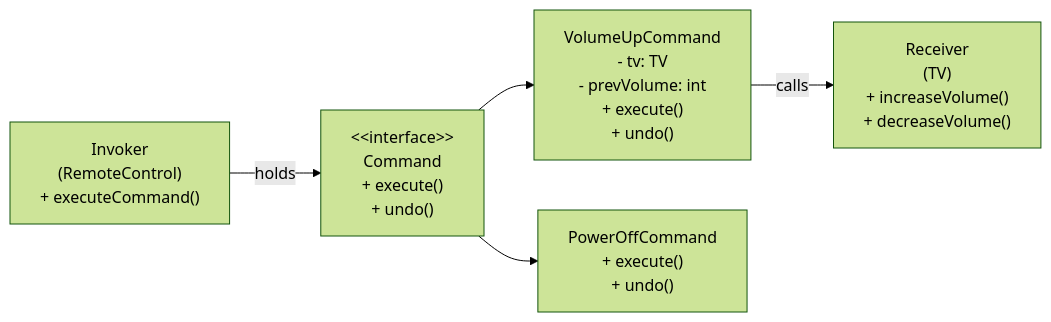
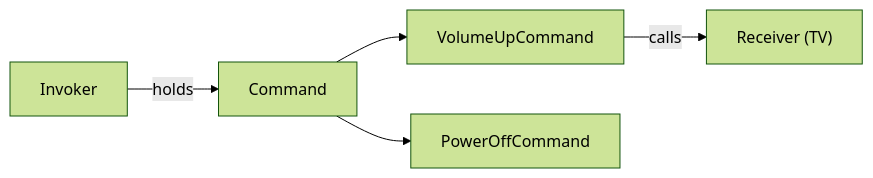
One commit to yjkim2015/yjkim2015.github.io changed the fourth of 8 diagrams in _posts/designPattern/2026-05-12-behavioral-patterns.md. Above: the diagram before and after it, drawn with Mermaid (forest theme). The commit also changed other lines of this file and 245 other files, not shown here.

First line of the commit message:
Mermaid 다이어그램 전면 수정 + 면접 포인트 접기/펼치기 + DB 데드락 페이지

````diff
--- a/_posts/designPattern/2026-05-12-behavioral-patterns.md
+++ b/_posts/designPattern/2026-05-12-behavioral-patterns.md
@@ -445,7 +445,7 @@
 ```mermaid
 graph LR
-    Invoker["Invoker\n(RemoteControl)\n+ executeCommand()"] -->|holds| Command["&lt;&lt;interface&gt;&gt;\nCommand\n+ execute()\n+ undo()"]
-    Command --> VolumeUp["VolumeUpCommand\n- tv: TV\n- prevVolume: int\n+ execute()\n+ undo()"]
-    Command --> PowerOff["PowerOffCommand\n+ execute()\n+ undo()"]
-    VolumeUp -->|calls| Receiver["Receiver\n(TV)\n+ increaseVolume()\n+ decreaseVolume()"]
+    Invoker["Invoker"] -->|holds| Command["Command"]
+    Command --> VolumeUp["VolumeUpCommand"]
+    Command --> PowerOff["PowerOffCommand"]
+    VolumeUp -->|calls| Receiver["Receiver (TV)"]
 ```
````
